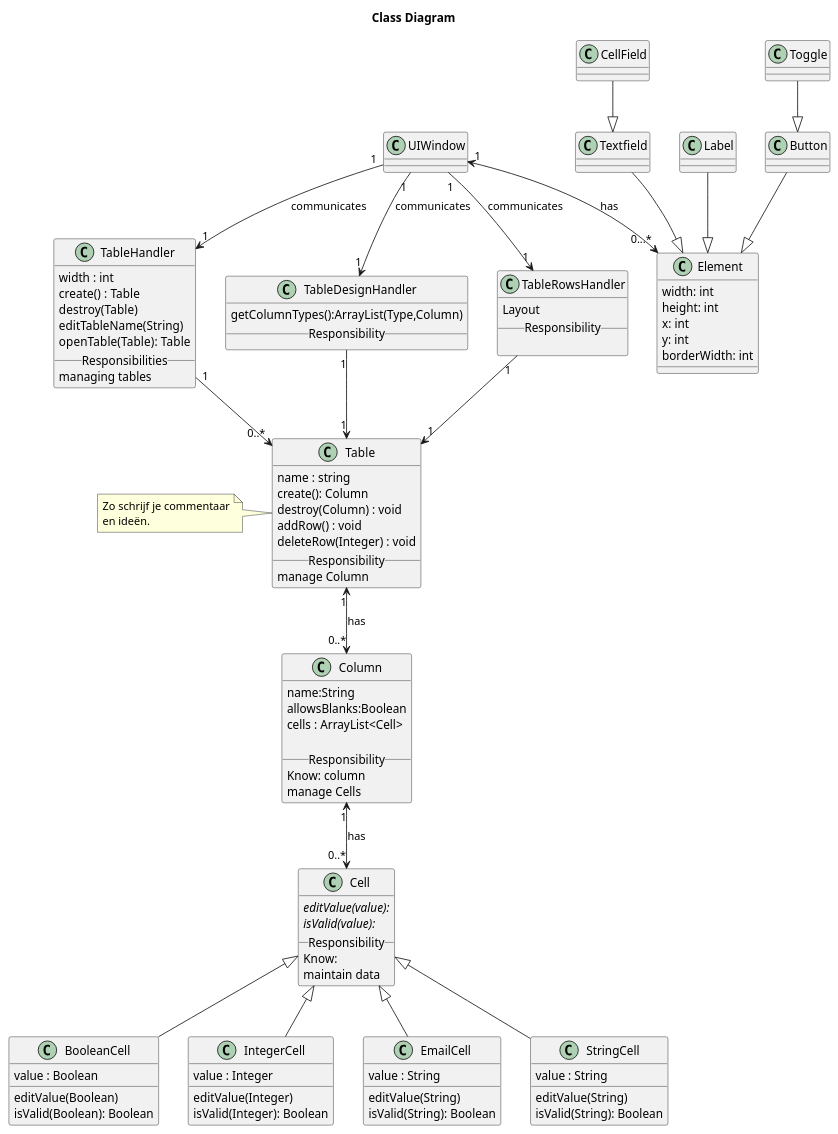
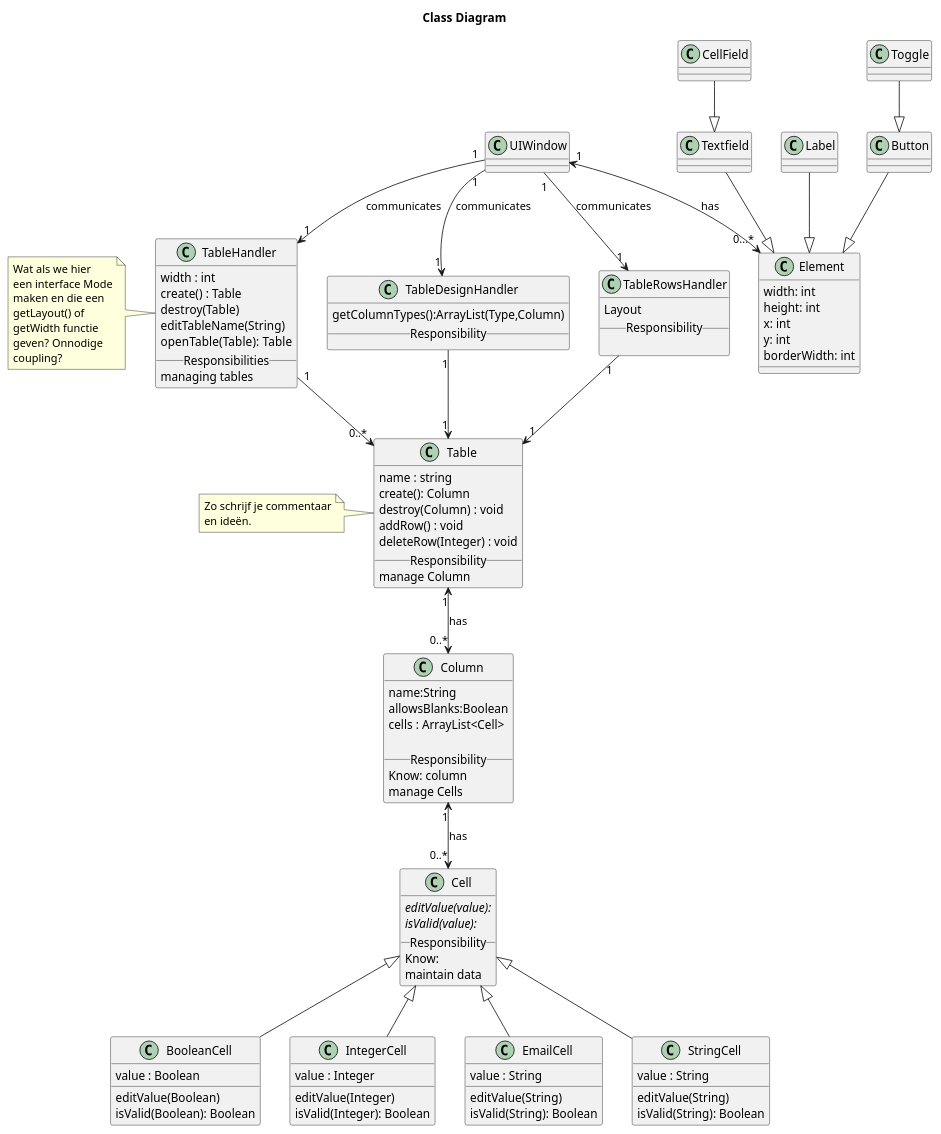
The diagram in diagrams/classDiagrams/classDiagram.puml (Bhamoss/softwareOntwerpProject), drawn with PlantUML before and after one commit. The commit also changed 12 other files, not shown here.

Commit message:
Initialised backend classes and made classDiagram.puml compilable.

```diff
--- a/diagrams/classDiagrams/classDiagram.puml
+++ b/diagrams/classDiagrams/classDiagram.puml
@@ -1,142 +1,135 @@
 @startuml
 title Class Diagram
 
-class Textfield
-{
+class Textfield{
 }
 Textfield --|> Element
 
-class Label
-{
+class Label{
 }
 Label --|> Element
 
-class Toggle
-{
+class Toggle{
 }
 Toggle --|> Button
-class Button
-{
+class Button{
 }
 Button --|> Element
 
-class CellField
-{
+class CellField{
 }
 CellField --|> Textfield
 
-class Element
-{
+class Element{
     width: int
     height: int
     x: int
     y: int
     borderWidth: int
 }
 UIWindow "1" <--> "0...*" Element: has
 
-class UIWindow
-{
+class UIWindow{
 }
 
 UIWindow "1" --> "1" TableHandler:  communicates
 UIWindow "1" --> "1" TableDesignHandler:  communicates
 UIWindow "1" --> "1" TableRowsHandler:  communicates
 
 
-class TableHandler
-{
+class TableHandler{
     width : int
     create() : Table
     destroy(Table)
     editTableName(String)
     openTable(Table): Table
     __Responsibilities__
     managing tables
 }
+note left
+    Wat als we hier
+    een interface Mode
+    maken en die een
+    getLayout() of
+    getWidth functie
+    geven? Onnodige
+    coupling?
+end note
 TableHandler "1" --> "0..*" Table
 TableDesignHandler "1" --> "1" Table
 TableRowsHandler "1" --> "1" Table
 
 note left
     Zo schrijf je commentaar
     en ideën.
 end note
 
-class TableDesignHandler
-{
+class TableDesignHandler{
     getColumnTypes():ArrayList(Type,Column)
 __Responsibility__
 }
 
-class TableRowsHandler
-{
+class TableRowsHandler{
     Layout
 __Responsibility__
 
 }
 
 class Table{
     name : string
     create(): Column
     destroy(Column) : void
     addRow() : void
     deleteRow(Integer) : void
 __Responsibility__
 manage Column
 }
 
 
 
-class Cell
-{
+class Cell{
 editValue(value): {abstract}
 isValid(value): {abstract}
 __Responsibility__
 Know:
 maintain data
 }
 Cell <|-- BooleanCell
 Cell <|-- IntegerCell
 Cell <|-- EmailCell
 Cell <|-- StringCell
 
-class Column
-{
+class Column{
 name:String
 allowsBlanks:Boolean
 cells : ArrayList<Cell>
 
 __Responsibility__
 Know: column
 manage Cells
 }
 
 Table "1" <--> "0..*" Column: has
 Column "1" <--> "0..*" Cell: has
 
-class BooleanCell
-{
+class BooleanCell{
 value : Boolean
 editValue(Boolean)
 isValid(Boolean): Boolean
 }
-class StringCell
-{
+class StringCell{
 value : String
 editValue(String)
 isValid(String): Boolean
 }
-class EmailCell
-{
+class EmailCell{
 value : String
 editValue(String)
 isValid(String): Boolean
 }
-class IntegerCell
-{
+class IntegerCell{
 value : Integer
 editValue(Integer)
 isValid(Integer): Boolean
 }
 @enduml
```
